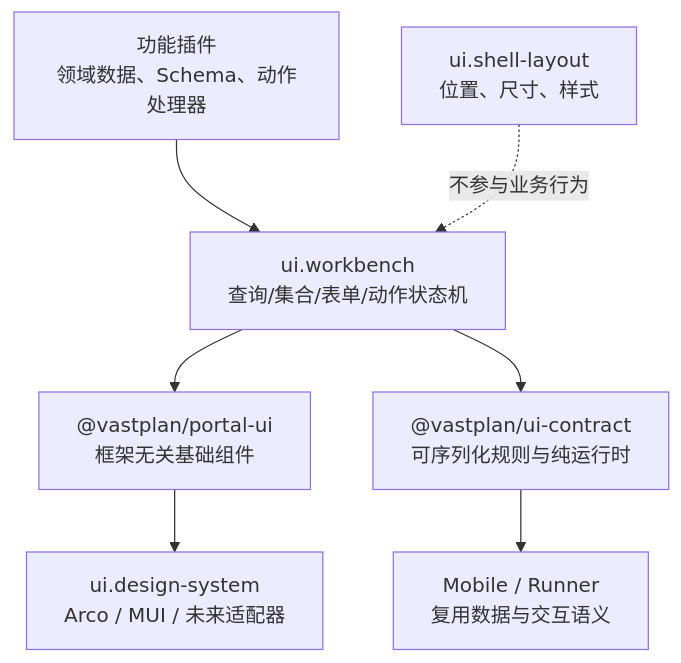
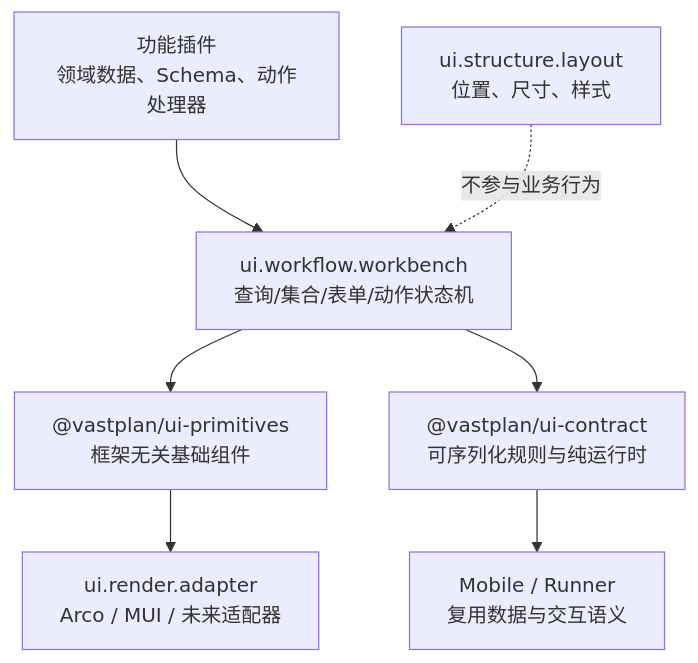
Before and after one commit to yandt/VastPlan: the diagram in docs/dev/architecture/UI工作台组合框架.md, drawn with Mermaid. The commit also changed other lines of this file and 355 other files, not shown here.

````diff
--- a/docs/dev/architecture/UI工作台组合框架.md
+++ b/docs/dev/architecture/UI工作台组合框架.md
@@ -11,9 +11,9 @@
 ```mermaid
 flowchart TB
-  F["功能插件\n领域数据、Schema、动作处理器"] --> W["ui.workbench\n查询/集合/表单/动作状态机"]
-  W --> P["@vastplan/portal-ui\n框架无关基础组件"]
+  F["功能插件\n领域数据、Schema、动作处理器"] --> W["ui.workflow.workbench\n查询/集合/表单/动作状态机"]
+  W --> P["@vastplan/ui-primitives\n框架无关基础组件"]
   W --> C["@vastplan/ui-contract\n可序列化规则与纯运行时"]
-  P --> D["ui.design-system\nArco / MUI / 未来适配器"]
+  P --> D["ui.render.adapter\nArco / MUI / 未来适配器"]
   C --> X["Mobile / Runner\n复用数据与交互语义"]
-  L["ui.shell-layout\n位置、尺寸、样式"] -. 不参与业务行为 .-> W
+  L["ui.structure.layout\n位置、尺寸、样式"] -. 不参与业务行为 .-> W
 ```
````
